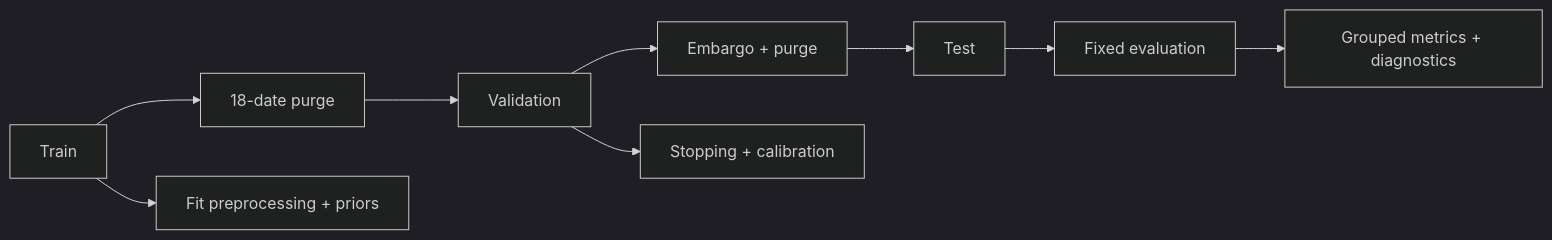
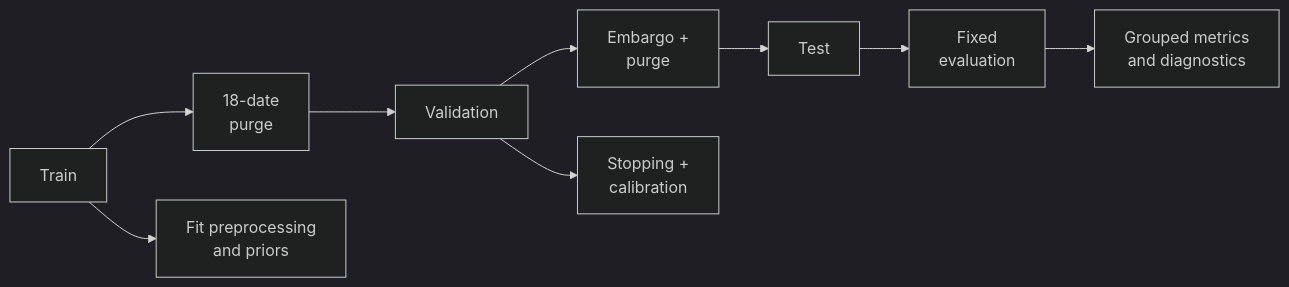
One commit to husaam-atq/MSc-financial-transformer-market-dynamics changed the third of 4 diagrams in README.md. Above: the diagram before and after it, drawn with Mermaid (dark theme). The commit also changed other lines of this file and 12 other files, not shown here.

````diff
--- a/README.md
+++ b/README.md
@@ -196,11 +202,11 @@
 ```mermaid
 flowchart LR
-    A["Train"] --> B["18-date purge"]
-    A --> F["Fit preprocessing + priors"]
+    A["Train"] --> B["18-date<br/>purge"]
+    A --> F["Fit preprocessing<br/>and priors"]
     B --> C["Validation"]
-    C --> D["Embargo + purge"]
-    C --> G["Stopping + calibration"]
+    C --> D["Embargo +<br/>purge"]
+    C --> G["Stopping +<br/>calibration"]
     D --> E["Test"]
-    E --> H["Fixed evaluation"]
-    H --> I["Grouped metrics + diagnostics"]
+    E --> H["Fixed<br/>evaluation"]
+    H --> I["Grouped metrics<br/>and diagnostics"]
 ```
````
